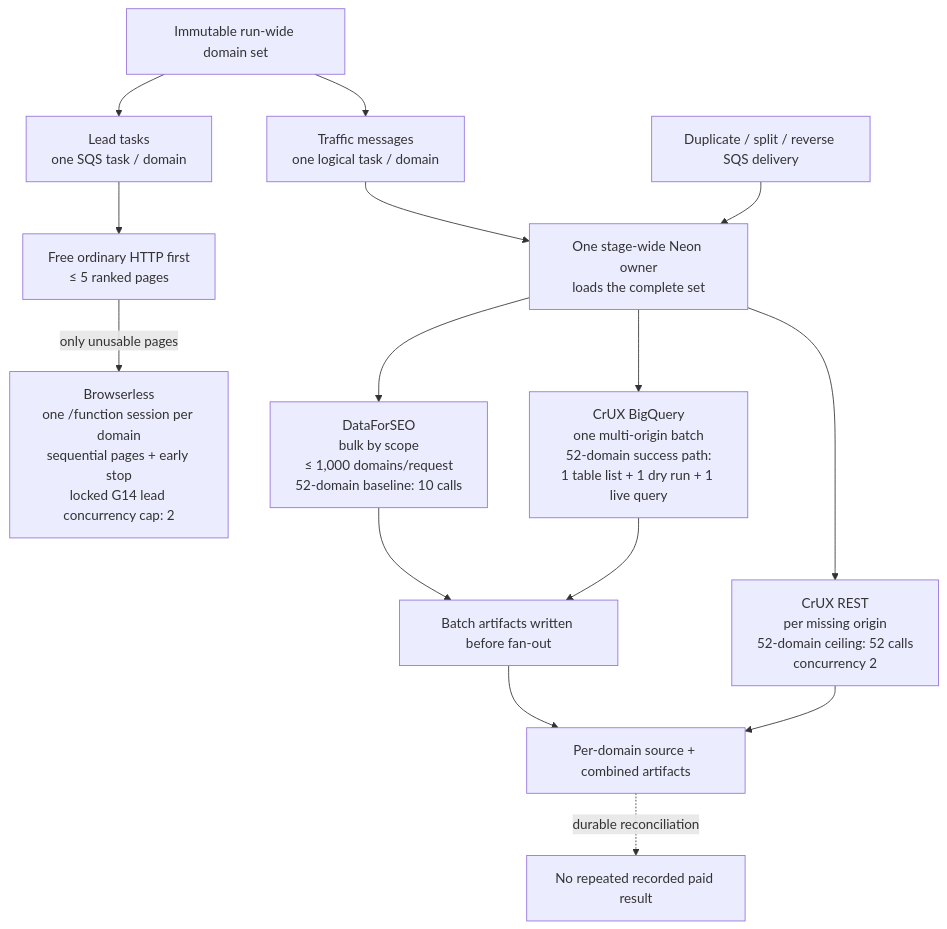
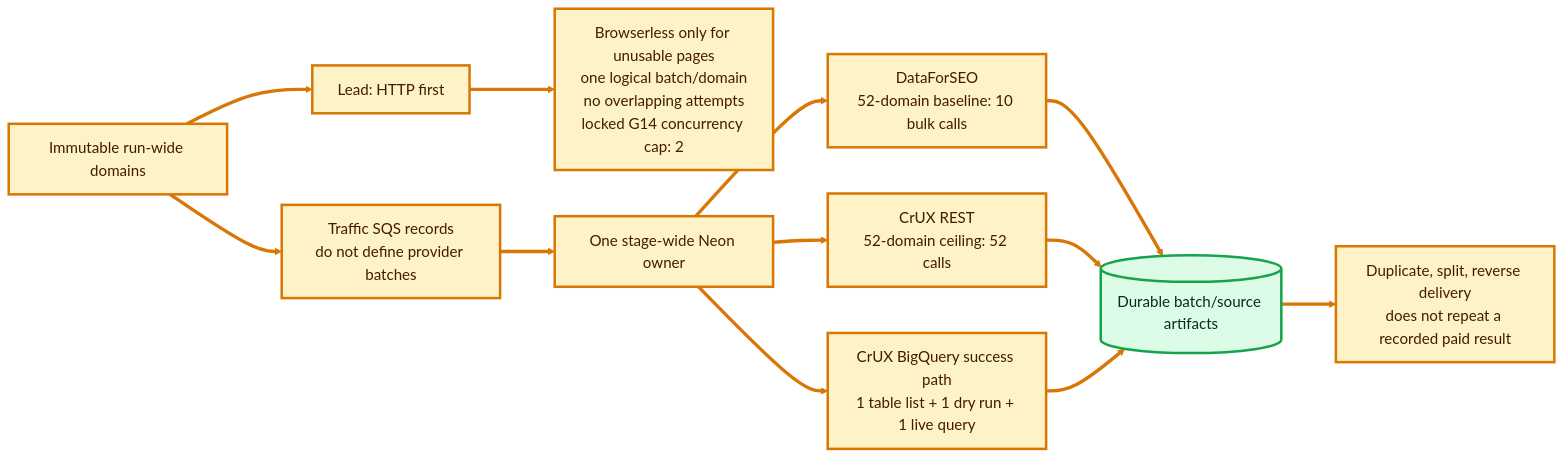
One commit to haritchowdhury/ShopSniper changed the eighth of 9 diagrams in IMPLEMENTED_AWS_PIPELINE_ARCHITECTURE.md. Above: the diagram before and after it, drawn with Mermaid. The commit also changed other lines of this file, not shown here.

````diff
--- a/IMPLEMENTED_AWS_PIPELINE_ARCHITECTURE.md
+++ b/IMPLEMENTED_AWS_PIPELINE_ARCHITECTURE.md
@@ -221,22 +294,25 @@
 ```mermaid
-flowchart TB
-    DOMAINS["Immutable run-wide domain set"]
+%%{init: {"theme":"base","themeVariables":{"fontFamily":"Inter, Arial, sans-serif","fontSize":"18px"},"flowchart":{"curve":"basis","nodeSpacing":55,"rankSpacing":65,"htmlLabels":true}}}%%
+flowchart LR
+    A["Immutable run-wide domains"]
 
-    DOMAINS --> LEADS["Lead tasks<br/>one SQS task / domain"]
-    LEADS --> HTTP2["Free ordinary HTTP first<br/>≤ 5 ranked pages"]
-    HTTP2 -->|"only unusable pages"| BL2["Browserless<br/>one /function session per domain<br/>sequential pages + early stop<br/>locked G14 lead concurrency cap: 2"]
+    A --> B["Lead: HTTP first"]
+    B --> C["Browserless only for unusable pages<br/>one logical batch/domain<br/>no overlapping attempts<br/>locked G14 concurrency cap: 2"]
 
-    DOMAINS --> TRIGGERS["Traffic messages<br/>one logical task / domain"]
-    TRIGGERS --> OWNER2["One stage-wide Neon owner<br/>loads the complete set"]
-    OWNER2 --> DFS2["DataForSEO<br/>bulk by scope<br/>≤ 1,000 domains/request<br/>52-domain baseline: 10 calls"]
-    OWNER2 --> REST2["CrUX REST<br/>per missing origin<br/>52-domain ceiling: 52 calls<br/>concurrency 2"]
-    OWNER2 --> BQ2["CrUX BigQuery<br/>one multi-origin batch<br/>52-domain success path:<br/>1 table list + 1 dry run + 1 live query"]
+    A --> D["Traffic SQS records<br/>do not define provider batches"]
+    D --> E["One stage-wide Neon owner"]
+    E --> F["DataForSEO<br/>52-domain baseline: 10 bulk calls"]
+    E --> G["CrUX REST<br/>52-domain ceiling: 52 calls"]
+    E --> H["CrUX BigQuery success path<br/>1 table list + 1 dry run + 1 live query"]
 
-    DFS2 --> BATCH["Batch artifacts written before fan-out"]
-    BQ2 --> BATCH
-    BATCH --> PER_DOMAIN["Per-domain source + combined artifacts"]
-    REST2 --> PER_DOMAIN
+    F --> I[("Durable batch/source artifacts")]
+    G --> I
+    H --> I
+    I --> J["Duplicate, split, reverse delivery<br/>does not repeat a recorded paid result"]
 
-    RETRY["Duplicate / split / reverse SQS delivery"] --> OWNER2
-    PER_DOMAIN -. "durable reconciliation" .-> NOCALL["No repeated recorded paid result"]
+    classDef cost fill:#fef3c7,stroke:#d97706,stroke-width:3px,color:#451a03;
+    classDef durable fill:#dcfce7,stroke:#16a34a,stroke-width:3px,color:#052e16;
+    class A,B,C,D,E,F,G,H,J cost;
+    class I durable;
+    linkStyle default stroke:#d97706,stroke-width:4px;
 ```
````
